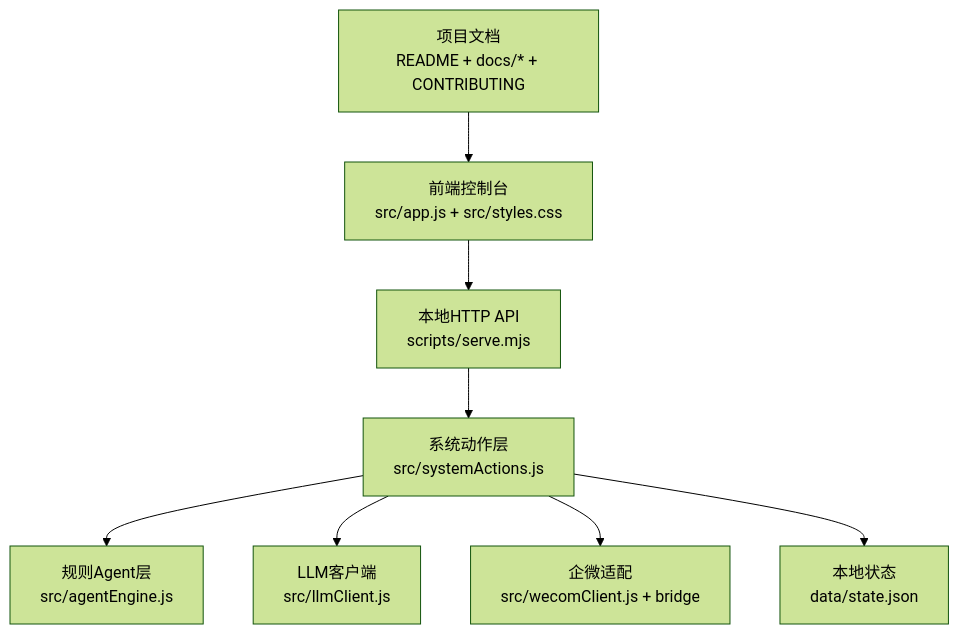
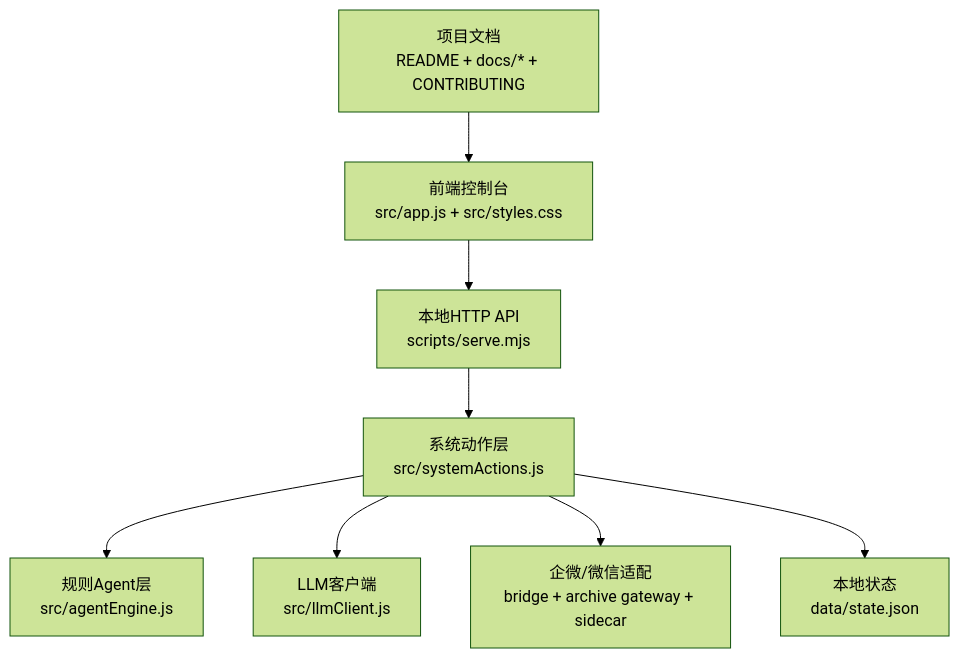
The second of 2 diagrams in README.md (JUJUJUN313/customer-ops-agent-console), drawn with Mermaid (forest theme) before and after one commit. The commit also changed other lines of this file and 19 other files, not shown here.

````diff
--- a/README.md
+++ b/README.md
@@ -84,19 +84,19 @@
 ```mermaid
 flowchart TB
   UI["前端控制台<br/>src/app.js + src/styles.css"]
   API["本地HTTP API<br/>scripts/serve.mjs"]
   Actions["系统动作层<br/>src/systemActions.js"]
   Agents["规则Agent层<br/>src/agentEngine.js"]
   LLM["LLM客户端<br/>src/llmClient.js"]
-  WeCom["企微适配<br/>src/wecomClient.js + bridge"]
+  WeCom["企微/微信适配<br/>bridge + archive gateway + sidecar"]
   Store["本地状态<br/>data/state.json"]
   Docs["项目文档<br/>README + docs/* + CONTRIBUTING"]
 
   UI --> API
   API --> Actions
   Actions --> Agents
   Actions --> LLM
   Actions --> WeCom
   Actions --> Store
   Docs --> UI
 ```
````
